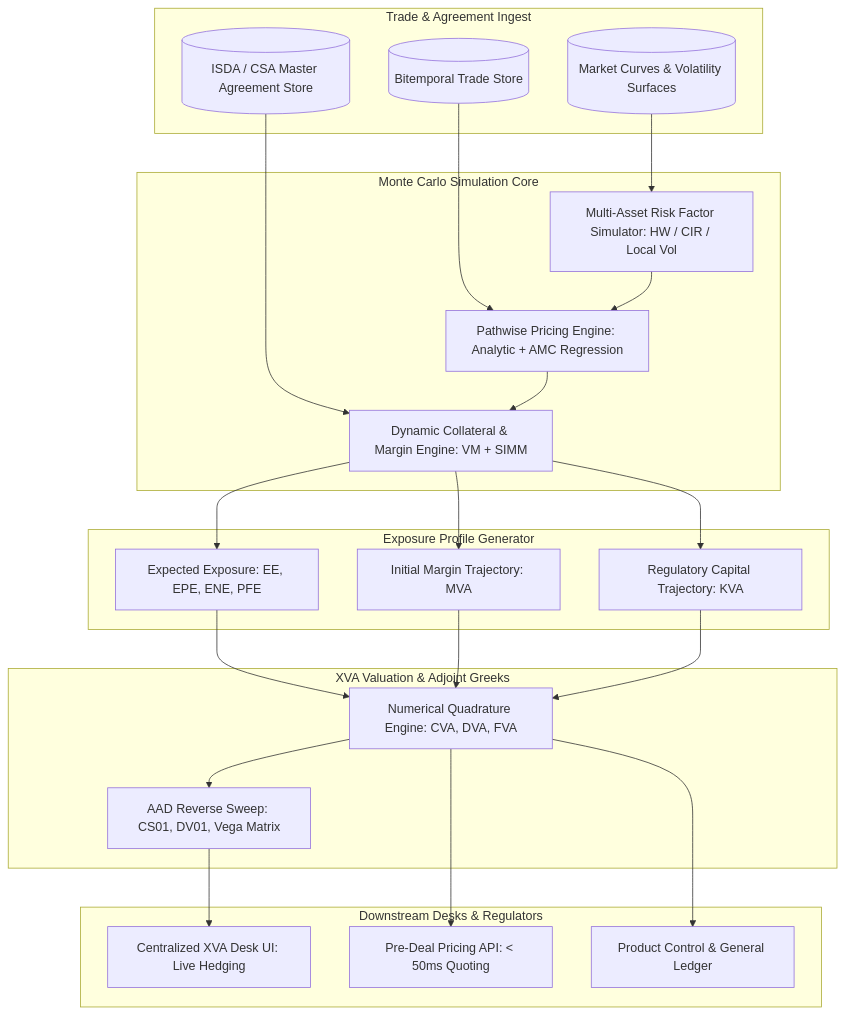
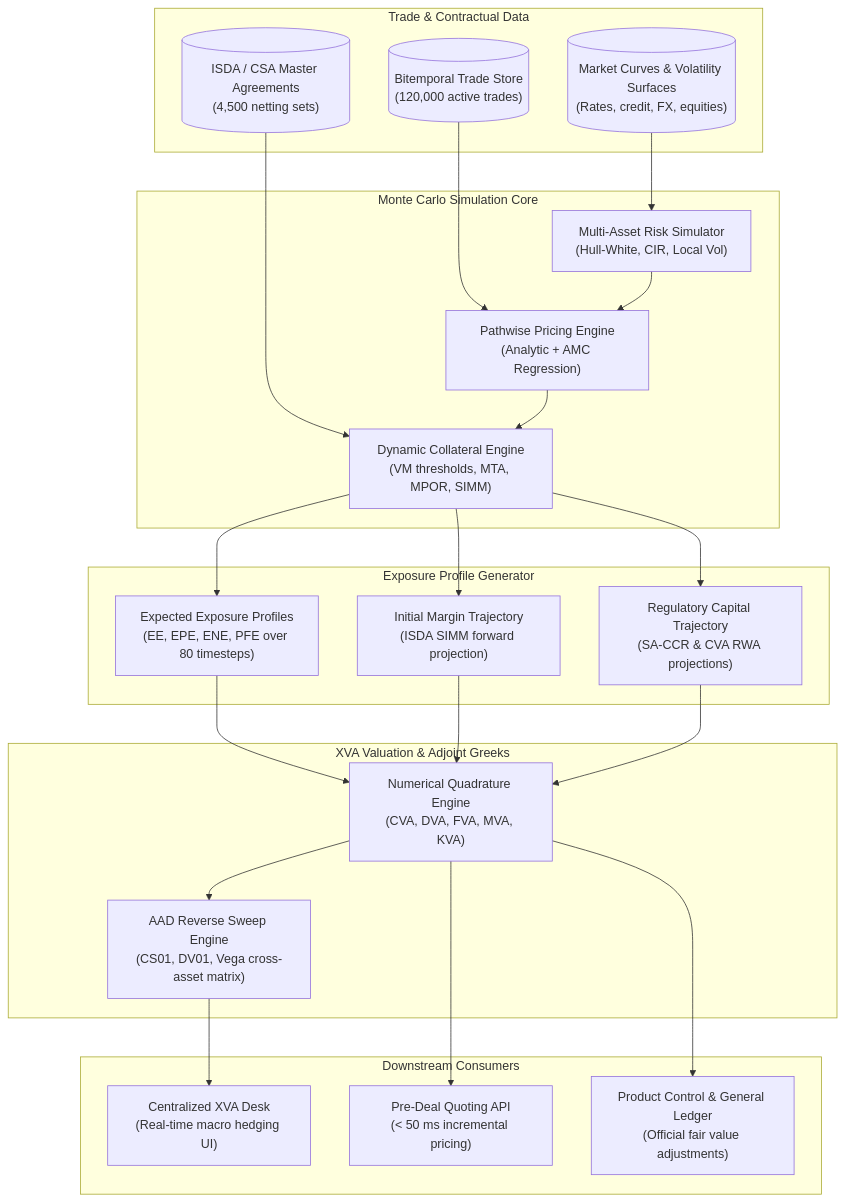
Before and after one commit to shreejitverma/The-Quant-Prep: the diagram in 18-Pricing-and-Risk-Systems/11-XVA-Engine.md, drawn with Mermaid. The commit also changed other lines of this file and 25 other files, not shown here.

First line of the commit message:
fix(pricing-and-risk-systems): handle three-point natural spline (#55)

````diff
--- a/18-Pricing-and-Risk-Systems/11-XVA-Engine.md
+++ b/18-Pricing-and-Risk-Systems/11-XVA-Engine.md
@@ -49,50 +47,50 @@
 ```mermaid
 flowchart TB
-    subgraph DataIngestion["Trade & Agreement Ingest"]
-        Trades[(Bitemporal Trade Store)]
-        CSAStore[(ISDA / CSA Master Agreement Store)]
-        MarketData[(Market Curves & Volatility Surfaces)]
+    subgraph DataIngestion["Trade & Contractual Data"]
+        Trades[("Bitemporal Trade Store\n(120,000 active trades)")]
+        CSAStore[("ISDA / CSA Master Agreements\n(4,500 netting sets)")]
+        MarketData[("Market Curves & Volatility Surfaces\n(Rates, credit, FX, equities)")]
     end
 
     subgraph SimulationCore["Monte Carlo Simulation Core"]
-        ScenarioGen[Multi-Asset Risk Factor Simulator: HW / CIR / Local Vol]
-        PathEngine[Pathwise Pricing Engine: Analytic + AMC Regression]
-        CollateralModel[Dynamic Collateral & Margin Engine: VM + SIMM]
+        ScenarioGen["Multi-Asset Risk Simulator\n(Hull-White, CIR, Local Vol)"]
+        PathEngine["Pathwise Pricing Engine\n(Analytic + AMC Regression)"]
+        CollateralModel["Dynamic Collateral Engine\n(VM thresholds, MTA, MPOR, SIMM)"]
     end
 
     subgraph ProfileGeneration["Exposure Profile Generator"]
-        EEProfile[Expected Exposure: EE, EPE, ENE, PFE]
-        IMProfile[Initial Margin Trajectory: MVA]
-        CapitalProfile[Regulatory Capital Trajectory: KVA]
+        EEProfile["Expected Exposure Profiles\n(EE, EPE, ENE, PFE over 80 timesteps)"]
+        IMProfile["Initial Margin Trajectory\n(ISDA SIMM forward projection)"]
+        CapitalProfile["Regulatory Capital Trajectory\n(SA-CCR & CVA RWA projections)"]
     end
 
     subgraph IntegrationAndGreeks["XVA Valuation & Adjoint Greeks"]
-        XVAIntegrator[Numerical Quadrature Engine: CVA, DVA, FVA]
-        AADTape[AAD Reverse Sweep: CS01, DV01, Vega Matrix]
+        XVAIntegrator["Numerical Quadrature Engine\n(CVA, DVA, FVA, MVA, KVA)"]
+        AADTape["AAD Reverse Sweep Engine\n(CS01, DV01, Vega cross-asset matrix)"]
     end
 
-    subgraph Consumers["Downstream Desks & Regulators"]
-        XVADesk[Centralized XVA Desk UI: Live Hedging]
-        SalesGateway[Pre-Deal Pricing API: < 50ms Quoting]
-        FinanceGL[Product Control & General Ledger]
+    subgraph Consumers["Downstream Consumers"]
+        XVADesk["Centralized XVA Desk\n(Real-time macro hedging UI)"]
+        SalesGateway["Pre-Deal Quoting API\n(< 50 ms incremental pricing)"]
+        FinanceGL["Product Control & General Ledger\n(Official fair value adjustments)"]
     end
 
     Trades --> PathEngine
     CSAStore --> CollateralModel
     MarketData --> ScenarioGen
 
     ScenarioGen --> PathEngine
     PathEngine --> CollateralModel
     CollateralModel --> EEProfile
     CollateralModel --> IMProfile
     CollateralModel --> CapitalProfile
 
     EEProfile --> XVAIntegrator
     IMProfile --> XVAIntegrator
     CapitalProfile --> XVAIntegrator
 
     XVAIntegrator --> AADTape
     AADTape --> XVADesk
     XVAIntegrator --> SalesGateway
     XVAIntegrator --> FinanceGL
 ```
````
